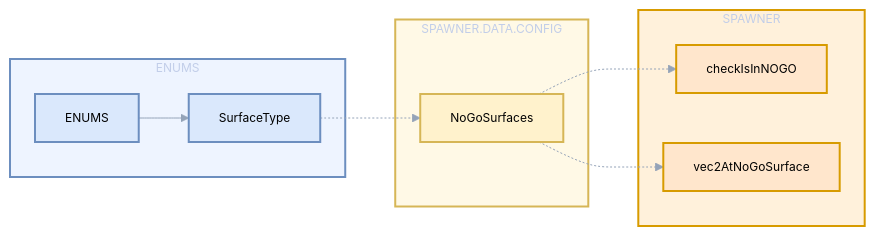
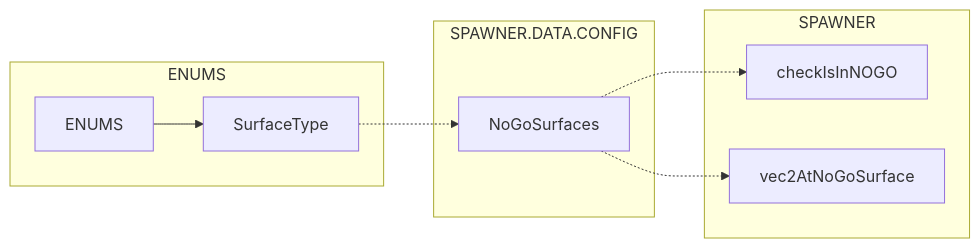
One commit to Gh0st352/AETHR changed the first of 2 diagrams in docs/enums/surface_types.md. Above: the diagram before and after it, drawn with Mermaid. The commit also changed other lines of this file and 7 other files, not shown here.

First line of the commit message:
docs(enums): normalize Mermaid labels and formatting

````diff
--- a/docs/enums/surface_types.md
+++ b/docs/enums/surface_types.md
@@ -16,42 +16,27 @@
 ```mermaid
-%%{init: {"theme":"base", "themeVariables":{"primaryColor":"#0f172a","primaryTextColor":"#000000ff","lineColor":"#94a3b8","fontSize":"12px"}}}%%
+%% shared theme: docs/_mermaid/theme.json %%
 flowchart LR
 
-%% Classes
-classDef enums fill:#dae8fc,stroke:#6c8ebf,stroke-width:2px;
-classDef config fill:#fff2cc,stroke:#d6b656,stroke-width:2px;
-classDef spawner fill:#ffe6cc,stroke:#d79b00,stroke-width:2px;
-
-%% ENUMS
-subgraph sgEnums [ENUMS]
+subgraph "ENUMS" ["ENUMS"]
   EN[ENUMS]
   ST[SurfaceType]
 end
 
-%% CONFIG
-subgraph sgCfg [SPAWNER.DATA.CONFIG]
+subgraph "SPAWNER.DATA.CONFIG" ["SPAWNER.DATA.CONFIG"]
   NGS[NoGoSurfaces]
 end
 
-%% SPAWNER
-subgraph sgSp [SPAWNER]
+subgraph "SPAWNER" ["SPAWNER"]
   NG1[checkIsInNOGO]
   NG2[vec2AtNoGoSurface]
 end
 
-%% Edges
 EN --> ST
 ST -.-> NGS
 NGS -.-> NG1
 NGS -.-> NG2
 
-%% Class applications
-class EN,ST enums
-class NGS config
-class NG1,NG2 spawner
-
-%% Styles
-style sgEnums fill:#eef4ff,stroke:#6c8ebf,stroke-width:2px
-style sgCfg fill:#fff9e6,stroke:#d6b656,stroke-width:2px
-style sgSp fill:#fff1db,stroke:#d79b00,stroke-width:2px
+class EN,ST class_data;
+class NGS class_compute;
+class NG1,NG2 class_step;
 ```
````
